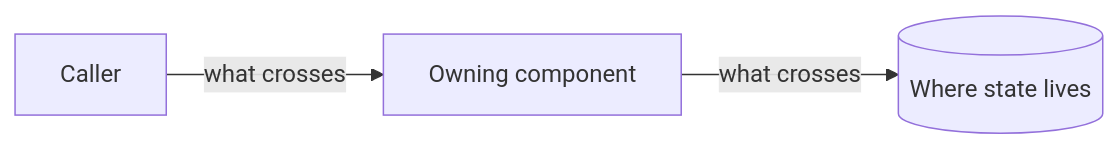
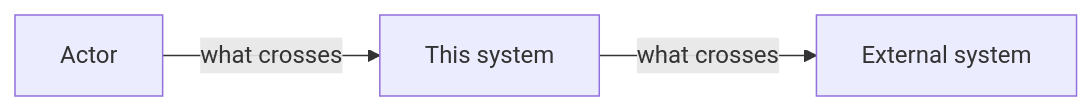
The first of 4 diagrams in wayne-mind-explode/templates/spec.md (waynejing995/wayne-taste), drawn with Mermaid before and after one commit. The commit also changed other lines of this file and 3 other files, not shown here.

````diff
--- a/wayne-mind-explode/templates/spec.md
+++ b/wayne-mind-explode/templates/spec.md
@@ -40,5 +55,5 @@
 ```mermaid
 flowchart LR
-    Caller["Caller"] -->|"what crosses"| Owner["Owning component"]
-    Owner -->|"what crosses"| Store[("Where state lives")]
+    Actor["Actor"] -->|"what crosses"| System["This system"]
+    System -->|"what crosses"| External["External system"]
 ```
````
